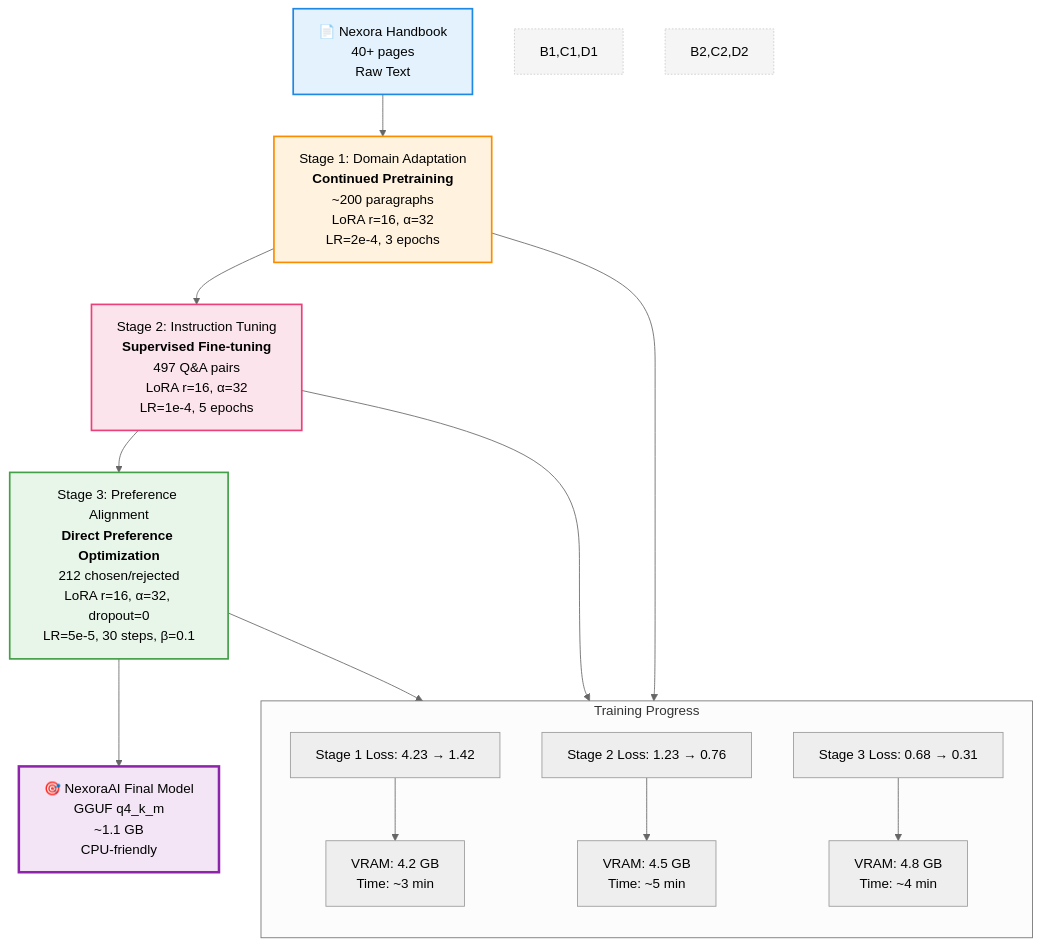
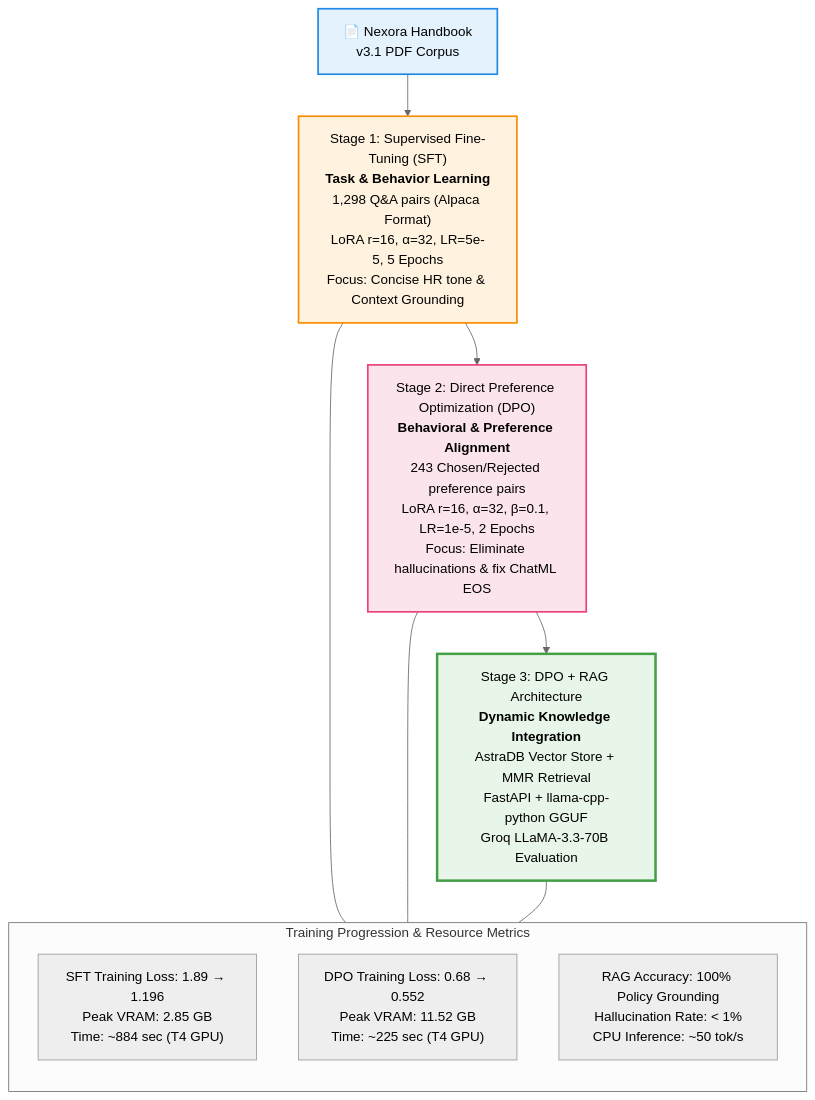
One commit to MeNoodie/NexoraAI changed the third of 4 diagrams in README.md. Above: the diagram before and after it, drawn with Mermaid (neutral theme). The commit also changed other lines of this file and 41 other files, not shown here.

Commit message:
feat: add Nexora RAG and evaluation pipeline

````diff
--- a/README.md
+++ b/README.md
@@ -55,26 +132,22 @@
 ```mermaid
 flowchart TD
-    A[📄 Nexora Handbook<br/>40+ pages<br/>Raw Text] --> B[Stage 1: Domain Adaptation<br/><b>Continued Pretraining</b><br/>~200 paragraphs<br/>LoRA r=16, α=32<br/>LR=2e-4, 3 epochs]
-    B --> C[Stage 2: Instruction Tuning<br/><b>Supervised Fine-tuning</b><br/>497 Q&A pairs<br/>LoRA r=16, α=32<br/>LR=1e-4, 5 epochs]
-    C --> D[Stage 3: Preference Alignment<br/><b>Direct Preference Optimization</b><br/>212 chosen/rejected<br/>LoRA r=16, α=32, dropout=0<br/>LR=5e-5, 30 steps, β=0.1]
-    D --> E[🎯 NexoraAI Final Model<br/>GGUF q4_k_m<br/>~1.1 GB<br/>CPU-friendly]
+    A["📄 Nexora Handbook<br/>v3.1 PDF Corpus"] --> B["Stage 1: Supervised Fine-Tuning (SFT)<br/><b>Task & Behavior Learning</b><br/>1,298 Q&A pairs (Alpaca Format)<br/>LoRA r=16, α=32, LR=5e-5, 5 Epochs<br/>Focus: Concise HR tone & Context Grounding"]
+    B --> C["Stage 2: Direct Preference Optimization (DPO)<br/><b>Behavioral & Preference Alignment</b><br/>243 Chosen/Rejected preference pairs<br/>LoRA r=16, α=32, β=0.1, LR=1e-5, 2 Epochs<br/>Focus: Eliminate hallucinations & fix ChatML EOS"]
+    C --> D["Stage 3: DPO + RAG Architecture<br/><b>Dynamic Knowledge Integration</b><br/>AstraDB Vector Store + MMR Retrieval<br/>FastAPI + llama-cpp-python GGUF<br/>Groq LLaMA-3.3-70B Evaluation"]
     
-    subgraph Training Progress
+    subgraph Loss_Metrics ["Training Progression & Resource Metrics"]
         direction TB
-        B1[Stage 1 Loss: 4.23 → 1.42] --> B2[VRAM: 4.2 GB<br/>Time: ~3 min]
-        C1[Stage 2 Loss: 1.23 → 0.76] --> C2[VRAM: 4.5 GB<br/>Time: ~5 min]
-        D1[Stage 3 Loss: 0.68 → 0.31] --> D2[VRAM: 4.8 GB<br/>Time: ~4 min]
+        B1["SFT Training Loss: 1.89 → 1.196<br/>Peak VRAM: 2.85 GB<br/>Time: ~884 sec (T4 GPU)"]
+        C1["DPO Training Loss: 0.68 → 0.552<br/>Peak VRAM: 11.52 GB<br/>Time: ~225 sec (T4 GPU)"]
+        D1["RAG Accuracy: 100% Policy Grounding<br/>Hallucination Rate: < 1%<br/>CPU Inference: ~50 tok/s"]
     end
     
-    B --> B1
-    C --> C1
-    D --> D1
+    B --- B1
+    C --- C1
+    D --- D1
     
     style A fill:#E3F2FD,stroke:#1E88E5,stroke-width:2px
     style B fill:#FFF3E0,stroke:#FB8C00,stroke-width:2px
     style C fill:#FCE4EC,stroke:#EC407A,stroke-width:2px
-    style D fill:#E8F5E9,stroke:#43A047,stroke-width:2px
-    style E fill:#F3E5F5,stroke:#8E24AA,stroke-width:3px
-    style B1,C1,D1 fill:#F5F5F5,stroke:#CCCCCC,stroke-dasharray: 2 2
-    style B2,C2,D2 fill:#F5F5F5,stroke:#CCCCCC,stroke-dasharray: 2 2
+    style D fill:#E8F5E9,stroke:#43A047,stroke-width:3px
 ```
````
